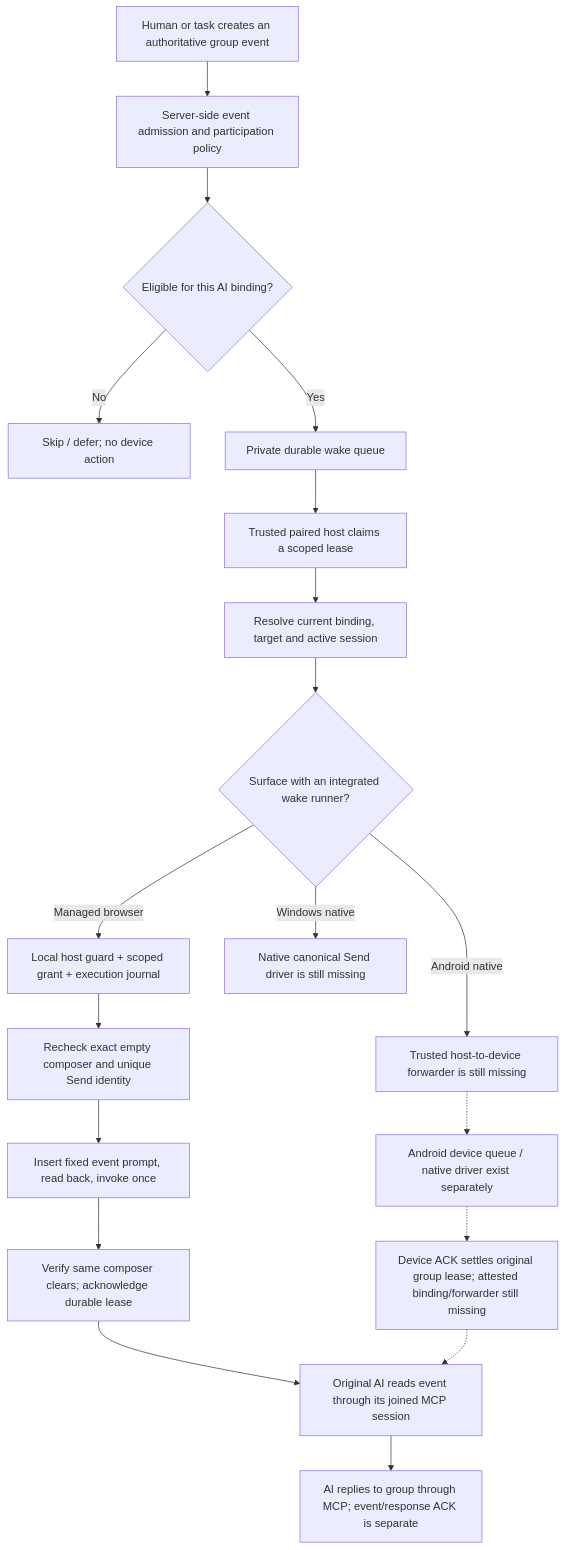
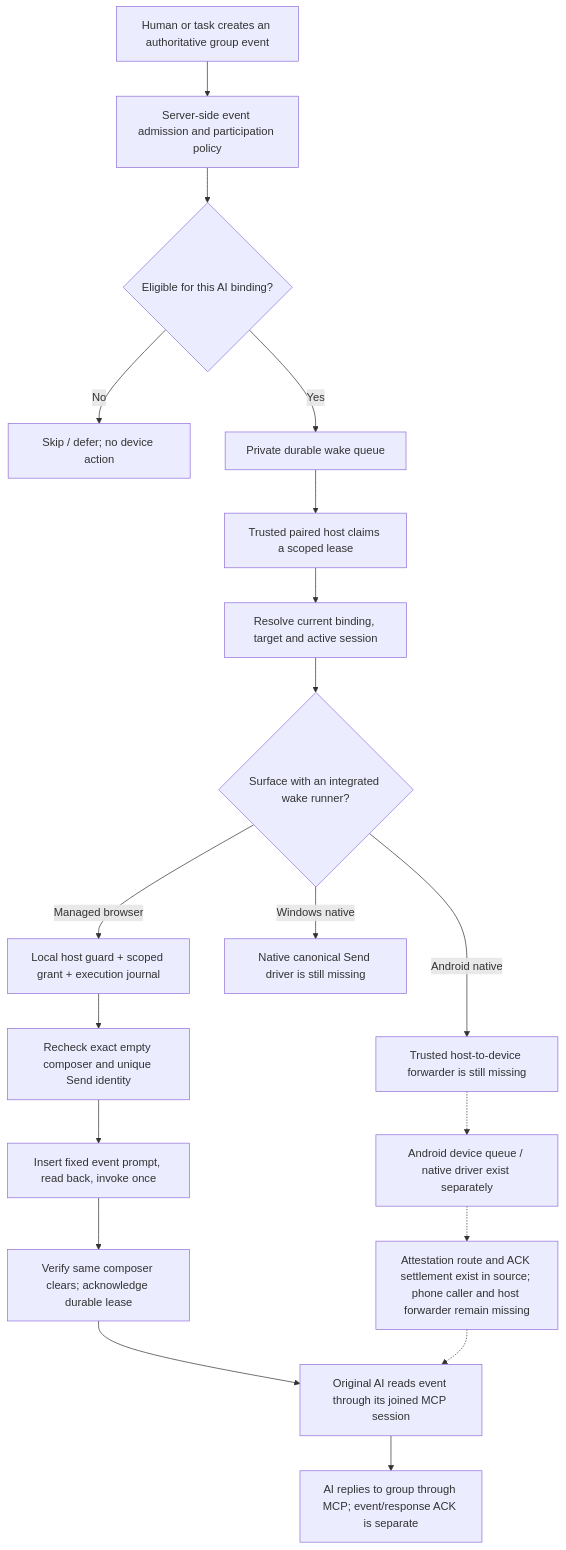
One commit to abdulrazaqafolarin-droid/Rub-minds changed the diagram in docs/BACKROOM_GROUP_TO_COMPOSER_WAKE_FLOW.md. Above: the diagram before and after it, drawn with Mermaid. The commit also changed other lines of this file, not shown here.

Commit message:
docs(backroom): record device attestation route and remaining phone caller

````diff
--- a/docs/BACKROOM_GROUP_TO_COMPOSER_WAKE_FLOW.md
+++ b/docs/BACKROOM_GROUP_TO_COMPOSER_WAKE_FLOW.md
@@ -23,21 +23,21 @@
 ```mermaid
 flowchart TD
     A["Human or task creates an authoritative group event"] --> B["Server-side event admission and participation policy"]
     B --> C{"Eligible for this AI binding?"}
     C -->|No| X["Skip / defer; no device action"]
     C -->|Yes| D["Private durable wake queue"]
     D --> E["Trusted paired host claims a scoped lease"]
     E --> F["Resolve current binding, target and active session"]
     F --> G{"Surface with an integrated wake runner?"}
     G -->|Managed browser| H["Local host guard + scoped grant + execution journal"]
     G -->|Android native| I["Trusted host-to-device forwarder is still missing"]
     G -->|Windows native| J["Native canonical Send driver is still missing"]
     H --> K["Recheck exact empty composer and unique Send identity"]
     K --> L["Insert fixed event prompt, read back, invoke once"]
     L --> M["Verify same composer clears; acknowledge durable lease"]
     I -.-> N["Android device queue / native driver exist separately"]
-    N -.-> O["Device ACK settles original group lease; attested binding/forwarder still missing"]
+    N -.-> O["Attestation route and ACK settlement exist in source; phone caller and host forwarder remain missing"]
     M --> P["Original AI reads event through its joined MCP session"]
     P --> Q["AI replies to group through MCP; event/response ACK is separate"]
     O -.-> P
 ```
````
